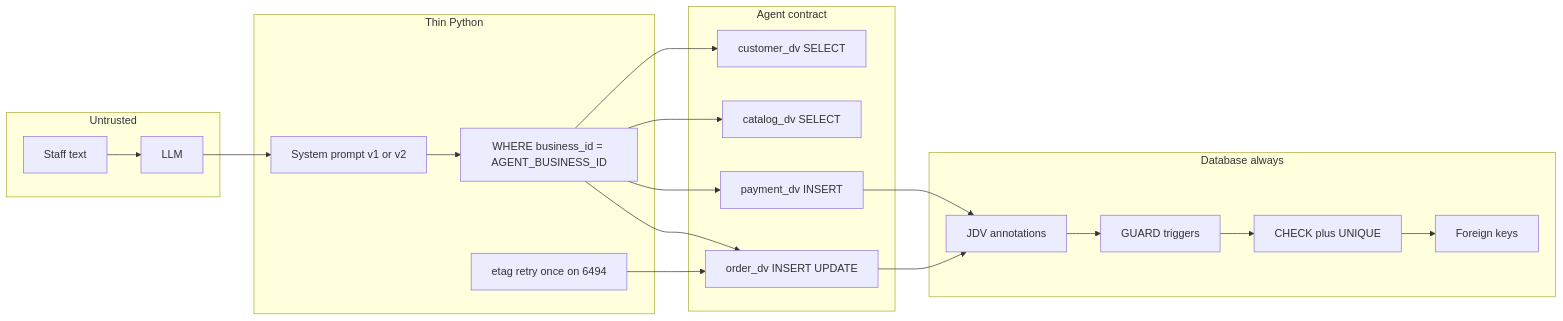
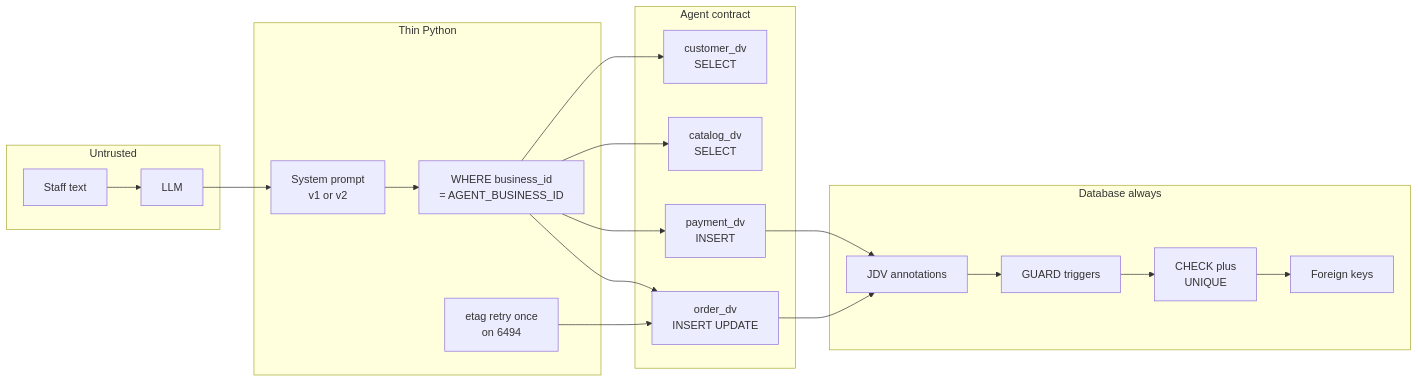
Before and after one commit to kumarsanjeeva/mysql-jdv-ai-billing: the second of 7 diagrams in docs/architecture.md, drawn with Mermaid. The commit also changed other lines of this file, not shown here.

Commit message:
Docs: wrap architecture diagram labels, add sql/49 to repo map, hedge RLS and split wording

````diff
--- a/docs/architecture.md
+++ b/docs/architecture.md
@@ -84,38 +84,38 @@
 ```mermaid
 flowchart LR
   subgraph untrusted["Untrusted"]
     person["Staff text"]
     model["LLM"]
   end
   subgraph app["Thin Python"]
-    prompt["System prompt v1 or v2"]
-    where["WHERE business_id = AGENT_BUSINESS_ID"]
-    etag["etag retry once on 6494"]
+    prompt["System prompt<br/>v1 or v2"]
+    where["WHERE business_id<br/>= AGENT_BUSINESS_ID"]
+    etag["etag retry once<br/>on 6494"]
   end
   subgraph contract["Agent contract"]
-    odv["order_dv INSERT UPDATE"]
-    pdv["payment_dv INSERT"]
-    cdv["catalog_dv SELECT"]
-    cudv["customer_dv SELECT"]
+    odv["order_dv<br/>INSERT UPDATE"]
+    pdv["payment_dv<br/>INSERT"]
+    cdv["catalog_dv<br/>SELECT"]
+    cudv["customer_dv<br/>SELECT"]
   end
   subgraph db["Database always"]
     annot["JDV annotations"]
-    chk["CHECK plus UNIQUE"]
+    chk["CHECK plus<br/>UNIQUE"]
     trg["GUARD triggers"]
     fk["Foreign keys"]
   end
 
   person --> model
   model --> prompt
   prompt --> where
   where --> odv
   where --> pdv
   where --> cdv
   where --> cudv
   etag --> odv
   odv --> annot
   pdv --> annot
   annot --> trg
   trg --> chk
   chk --> fk
 ```
````
